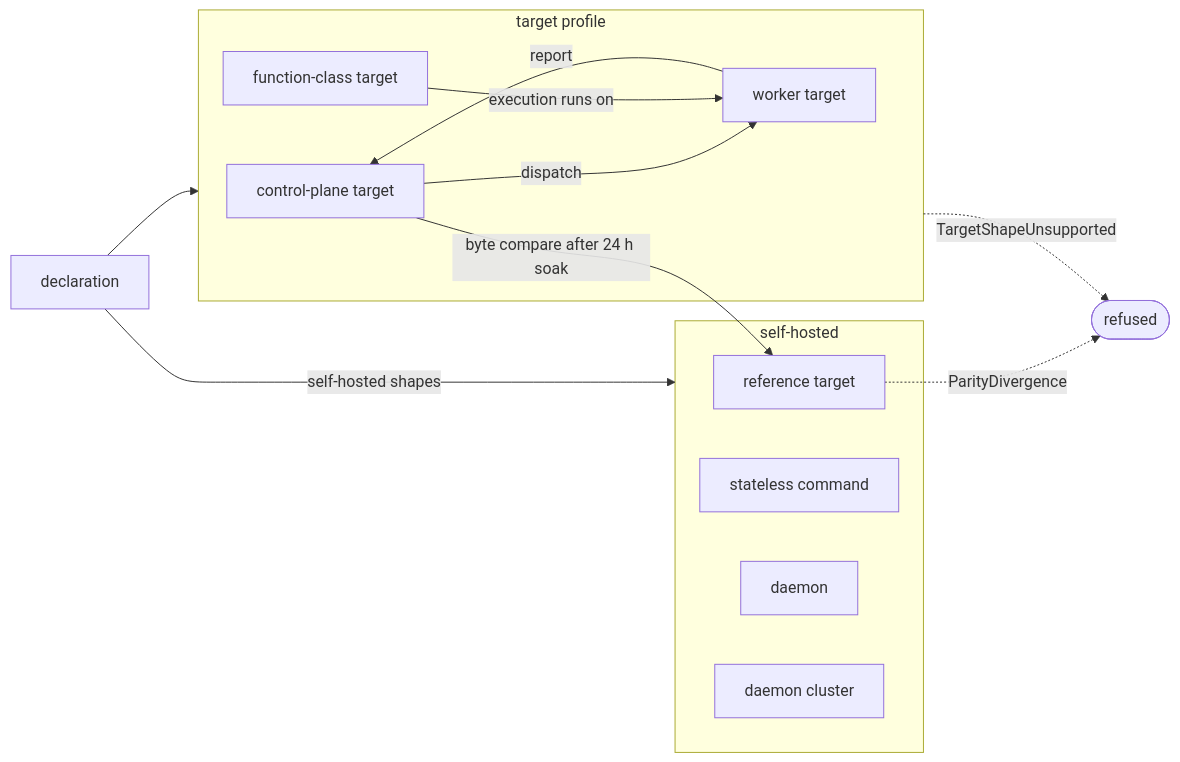
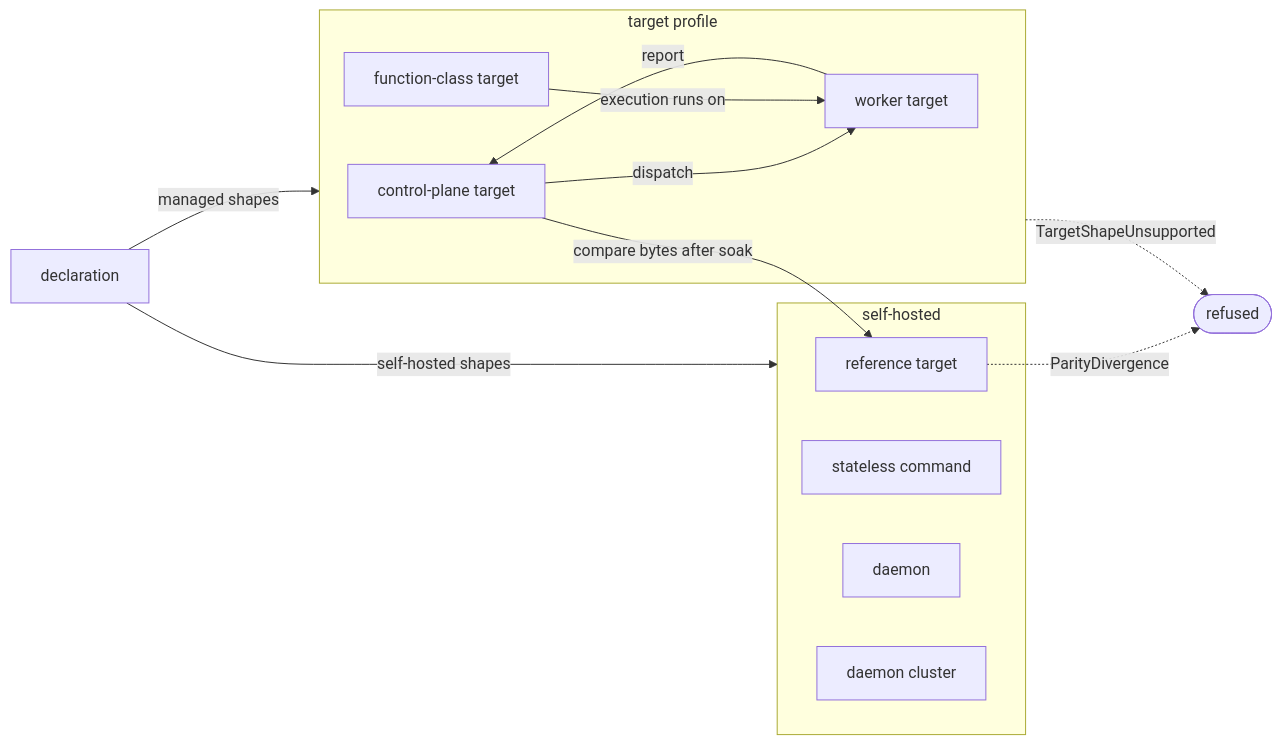
The third of 5 diagrams in spec/01-topology.md (fractalboxdev/contextful), drawn with Mermaid before and after one commit. The commit also changed other lines of this file and 31 other files, not shown here.

First line of the commit message:
spec: every diagram draws things as nodes and what flows as labelled edges

````diff
--- a/spec/01-topology.md
+++ b/spec/01-topology.md
@@ -160,27 +161,27 @@
 ```mermaid
 flowchart LR
   DECL["declaration"]
   REFUSED(["refused"])
 
   subgraph TP["target profile"]
     CP["control-plane target"]
     WK["worker target"]
     FN["function-class target"]
   end
 
   subgraph SELF["self-hosted"]
     REF["reference target"]
     CMD["stateless command"]
     DMN["daemon"]
     CLU["daemon cluster"]
   end
 
-  DECL --> TP
+  DECL -- "managed shapes" --> TP
   DECL -- "self-hosted shapes" --> SELF
   CP -- "dispatch" --> WK
   WK -- "report" --> CP
   FN -- "execution runs on" --> WK
-  CP -- "byte compare after 24 h soak" --> REF
+  CP -- "compare bytes after soak" --> REF
   TP -. "TargetShapeUnsupported" .-> REFUSED
   REF -. "ParityDivergence" .-> REFUSED
 ```
````
